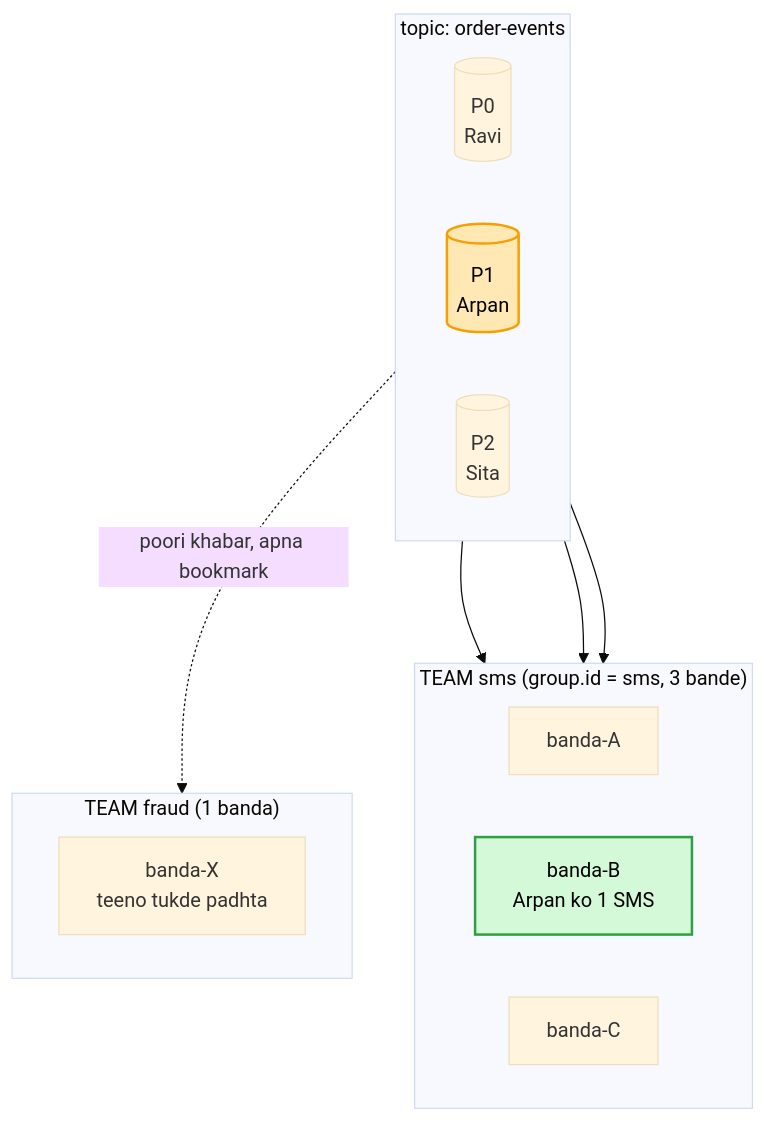
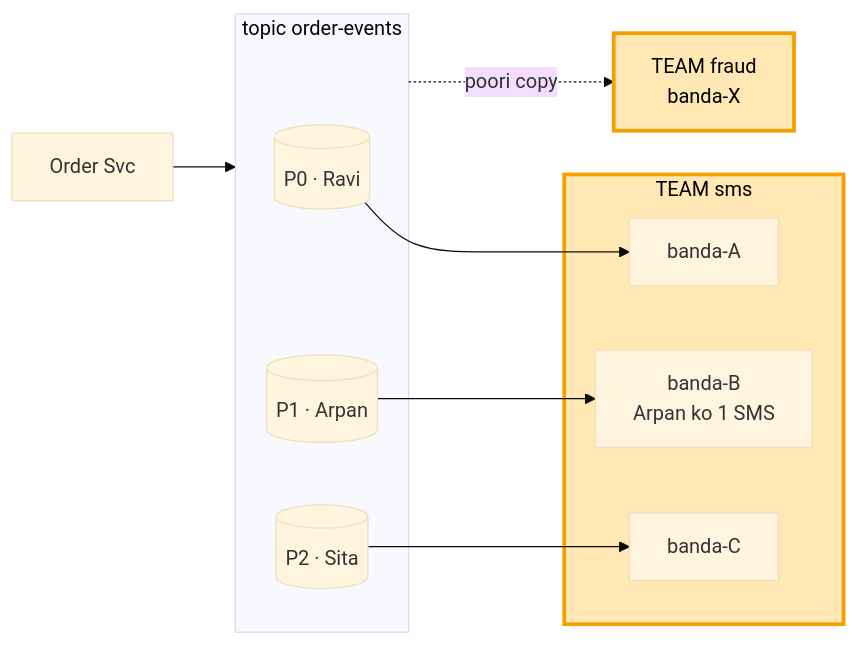
One commit to ArpanMaheshwari144/Prep changed the third of 8 diagrams in 04_HLD/SYSTEM_DESIGNS/12_message_queue_kafka/kafka_concepts.md. Above: the diagram before and after it, drawn with Mermaid (base theme). The commit also changed other lines of this file, not shown here.

Commit message:
kafka concepts: har diagram pichhle ko aage badhata, peela = naya juda

````diff
--- a/04_HLD/SYSTEM_DESIGNS/12_message_queue_kafka/kafka_concepts.md
+++ b/04_HLD/SYSTEM_DESIGNS/12_message_queue_kafka/kafka_concepts.md
@@ -61,24 +62,20 @@
 ```mermaid
-flowchart TB
-    subgraph T["topic: order-events"]
-        direction LR
-        P0[("P0<br/>Ravi")]
-        P1[("P1<br/>Arpan")]
-        P2[("P2<br/>Sita")]
+flowchart LR
+    O["Order Svc"] --> T
+    subgraph T["topic order-events"]
+        P0[("P0 · Ravi")]
+        P1[("P1 · Arpan")]
+        P2[("P2 · Sita")]
     end
-    subgraph S["TEAM sms (group.id = sms, 3 bande)"]
-        direction LR
+    subgraph S["TEAM sms"]
         A["banda-A"]
         B["banda-B<br/>Arpan ko 1 SMS"]
         C["banda-C"]
     end
-    subgraph F["TEAM fraud (1 banda)"]
-        X["banda-X<br/>teeno tukde padhta"]
-    end
     P0 --> A
     P1 --> B
     P2 --> C
-    T -. "poori khabar, apna bookmark" .-> F
-    style P1 fill:#ffe8b3,stroke:#f59f00,stroke-width:2px,color:#000
-    style B fill:#d3f9d8,stroke:#2f9e44,stroke-width:2px,color:#000
+    T -. "poori copy" .-> X["TEAM fraud<br/>banda-X"]
+    style S fill:#ffe8b3,stroke:#f59f00,stroke-width:3px,color:#000
+    style X fill:#ffe8b3,stroke:#f59f00,stroke-width:3px,color:#000
 ```
````
